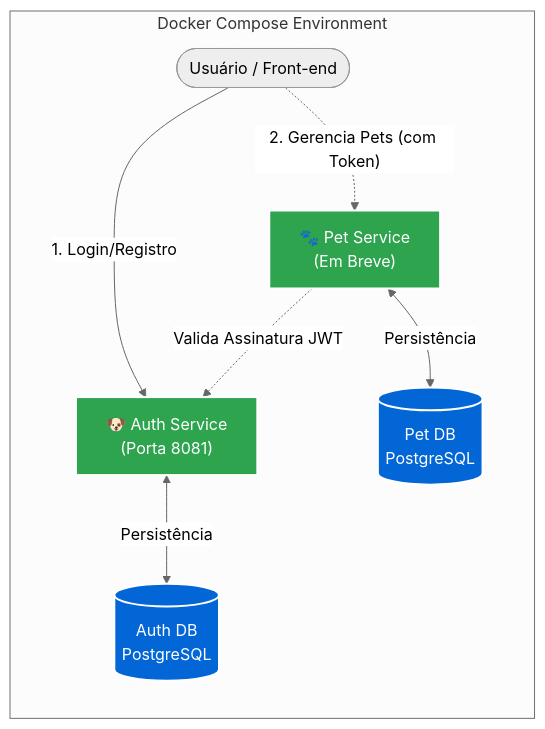
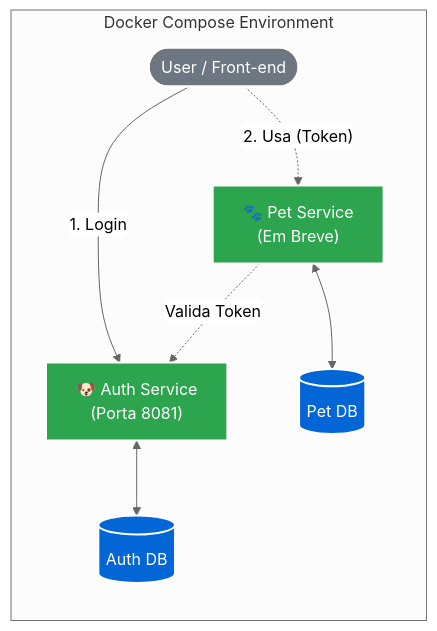
Before and after one commit to iXDGabrielTK/petshop-microservices: the diagram in README.md, drawn with Mermaid (neutral theme).

Commit message:
style(docs): improve mermaid diagram layout to Left-Right orientation

````diff
--- a/README.md
+++ b/README.md
@@ -18,33 +18,38 @@
 ```mermaid
 
-graph TD
-    User(["Usuário / Front-end"])
+graph LR
+    User(["User / Front-end"])
     
-    subgraph "Docker Compose Environment"
+    subgraph Docker["Docker Compose Environment"]
         direction TB
         
         %% Serviços
         Auth["🐶 Auth Service<br/>(Porta 8081)"]
         Pet["🐾 Pet Service<br/>(Em Breve)"]
         
         %% Bancos de Dados
-        AuthDB[("Auth DB<br/>PostgreSQL")]
-        PetDB[("Pet DB<br/>PostgreSQL")]
+        AuthDB[("Auth DB")]
+        PetDB[("Pet DB")]
         
-        %% Fluxos - ASPAS ADICIONADAS AQUI
-        User -->|"1. Login/Registro"| Auth
-        User -.->|"2. Gerencia Pets (com Token)"| Pet
+        %% Fluxos do Usuário (Esquerda p/ Direita)
+        User -->|"1. Login"| Auth
+        User -.->|"2. Usa (Token)"| Pet
         
-        Auth <-->|Persistência| AuthDB
-        Pet <-->|Persistência| PetDB
+        %% Persistência (Serviço p/ Banco)
+        Auth <--> AuthDB
+        Pet <--> PetDB
         
-        %% Validação de Token - ASPAS ADICIONADAS AQUI
-        Pet -.->|"Valida Assinatura JWT"| Auth
+        %% Comunicação Interna (Pet chama Auth)
+        Pet -.->|"Valida Token"| Auth
     end
 
-    classDef service fill:#2ea44f,stroke:#fff,stroke-width:2px,color:white;
+    %% Estilização (Cores do GitHub)
+    classDef service fill:#2da44e,stroke:#fff,stroke-width:2px,color:white;
     classDef db fill:#0366d6,stroke:#fff,stroke-width:2px,color:white;
+    classDef user fill:#6e7681,stroke:#fff,stroke-width:2px,color:white;
+    
     class Auth,Pet service;
     class AuthDB,PetDB db;
+    class User user;
     
 ```
````
